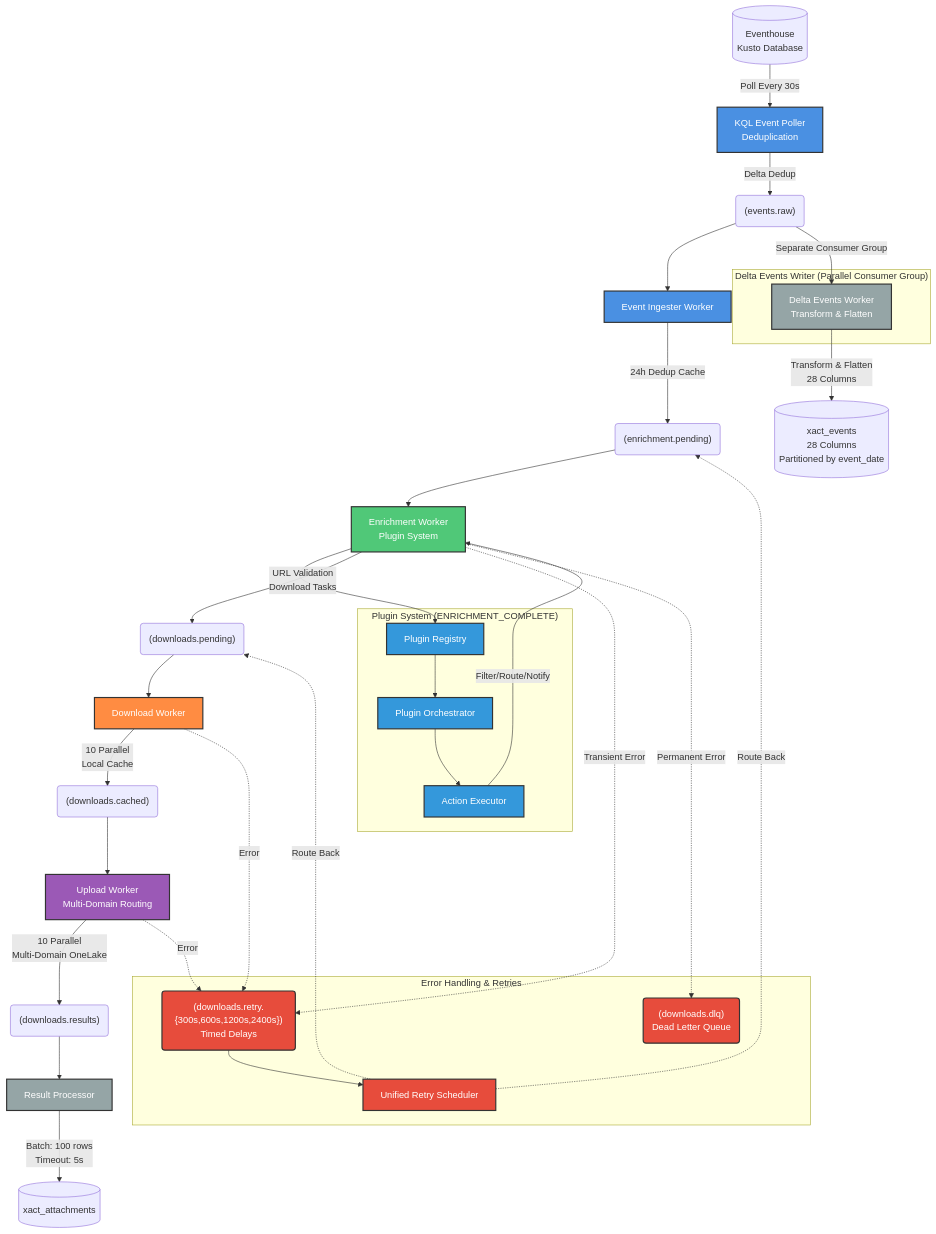
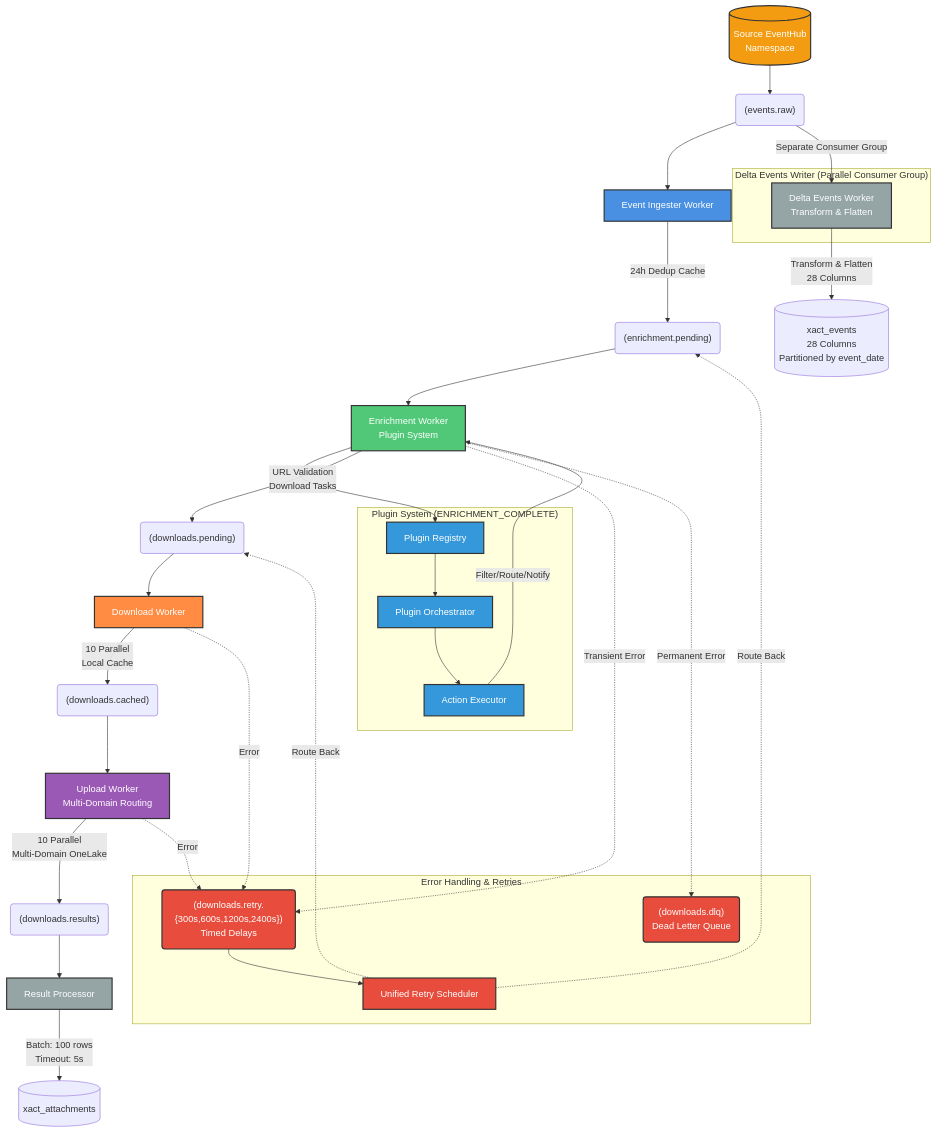
Before and after one commit to nd-smith/vpipe: the diagram in docs/VERISK_PIPELINE.md, drawn with Mermaid. The commit also changed other lines of this file and 43 other files, not shown here.

First line of the commit message:
Replace Eventhouse/KQL polling with direct source EventHub consumption

````diff
--- a/docs/VERISK_PIPELINE.md
+++ b/docs/VERISK_PIPELINE.md
@@ -11,8 +11,7 @@
 ```mermaid
 flowchart TB
     %% Event Source
-    Eventhouse[("Eventhouse<br/>Kusto Database")]
-    KQLPoller[KQL Event Poller<br/>Deduplication]
+    SourceEventHub[("Source EventHub<br/>Namespace")]
 
     %% Main Pipeline Workers
     Ingester[Event Ingester Worker]
@@ -52,8 +51,7 @@
     end
 
     %% Source Flow
-    Eventhouse -->|Poll Every 30s| KQLPoller
-    KQLPoller -->|Delta Dedup| EventsRaw
+    SourceEventHub --> EventsRaw
 
     %% Main Flow
     EventsRaw --> Ingester
@@ -98,7 +96,8 @@
     classDef plugin fill:#3498DB,stroke:#333,stroke-width:2px,color:#fff
     classDef source fill:#F39C12,stroke:#333,stroke-width:2px,color:#fff
 
-    class KQLPoller,Ingester ingestion
+    class SourceEventHub source
+    class Ingester ingestion
     class Enricher enrichment
     class Downloader download
     class Uploader upload
````
